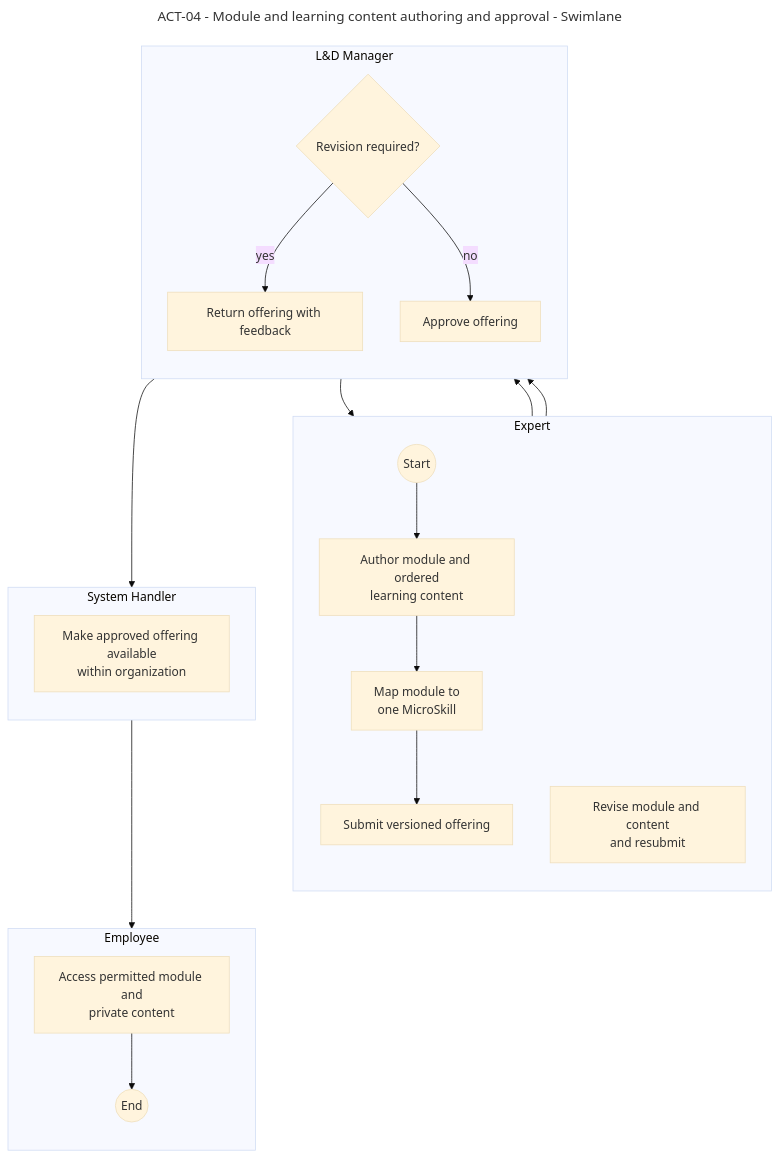
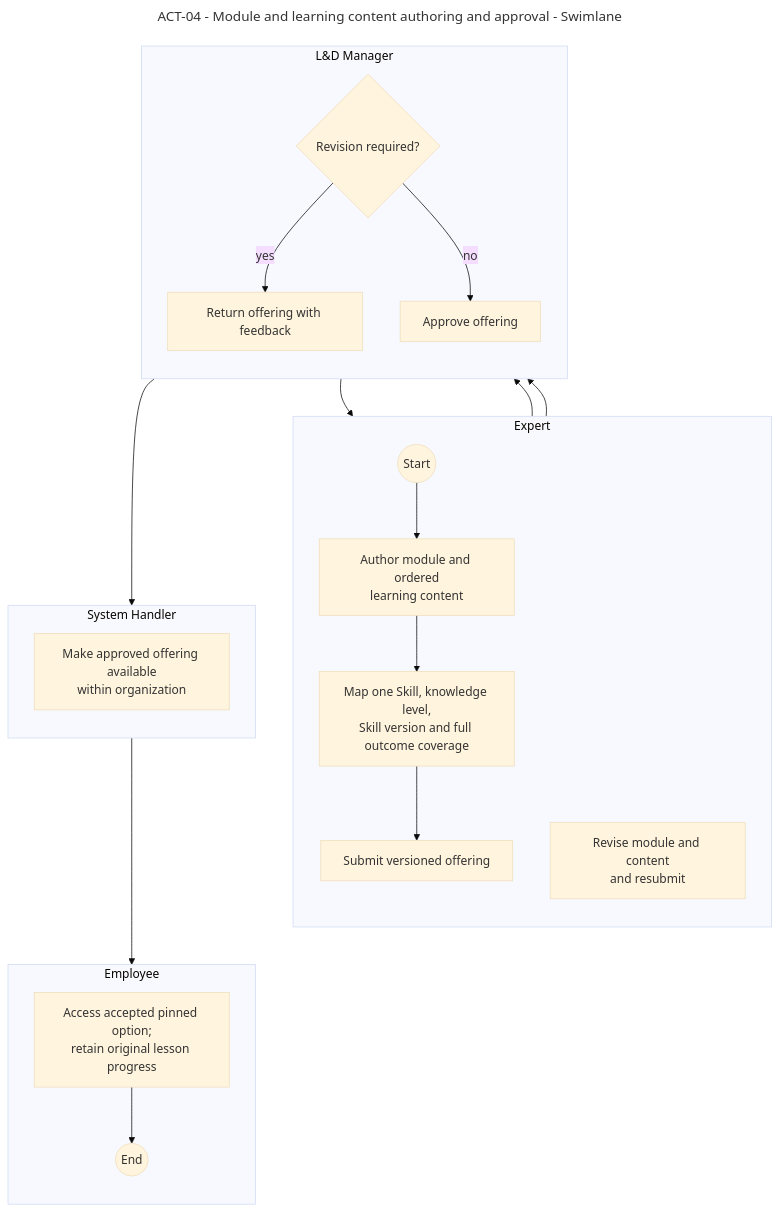
Before and after one commit to SEP490-Fall-2026-GFA26SE64/SEP490: the diagram in documents/diagrams/mermaid/swimlanes/act-04.mmd, drawn with Mermaid. The commit also changed 233 other files, not shown here.

First line of the commit message:
docs: align adaptive flow contracts and diagrams

```diff
--- a/documents/diagrams/mermaid/swimlanes/act-04.mmd
+++ b/documents/diagrams/mermaid/swimlanes/act-04.mmd
@@ -1,41 +1,41 @@
 ---
 title: "ACT-04 - Module and learning content authoring and approval - Swimlane"
 config: {theme: base, look: classic, flowchart: {htmlLabels: true}}
 ---
 flowchart TD
   subgraph Actor0["Expert"]
     direction TB
     SRS_ACT_04_N1(("Start"))
     SRS_ACT_04_N2["Author module and ordered<br/>learning content"]
-    SRS_ACT_04_N3["Map module to<br/>one MicroSkill"]
+    SRS_ACT_04_N3["Map one Skill, knowledge level,<br/>Skill version and full outcome coverage"]
     SRS_ACT_04_N4["Submit versioned offering"]
     SRS_ACT_04_N7["Revise module and content<br/>and resubmit"]
   end
   subgraph Actor1["L&amp;D Manager"]
     direction TB
     SRS_ACT_04_N5{"Revision required?"}
     SRS_ACT_04_N6["Return offering with feedback"]
     SRS_ACT_04_N8["Approve offering"]
   end
   subgraph Actor2["System Handler"]
     direction TB
     SRS_ACT_04_N9["Make approved offering available<br/>within organization"]
   end
   subgraph Actor3["Employee"]
     direction TB
-    SRS_ACT_04_N10["Access permitted module and<br/>private content"]
+    SRS_ACT_04_N10["Access accepted pinned option;<br/>retain original lesson progress"]
     SRS_ACT_04_N11(("End"))
   end
   SRS_ACT_04_N1 --> SRS_ACT_04_N2
   SRS_ACT_04_N2 --> SRS_ACT_04_N3
   SRS_ACT_04_N3 --> SRS_ACT_04_N4
   SRS_ACT_04_N4 --> SRS_ACT_04_N5
   SRS_ACT_04_N5 -->|"yes"| SRS_ACT_04_N6
   SRS_ACT_04_N6 --> SRS_ACT_04_N7
   SRS_ACT_04_N7 --> SRS_ACT_04_N5
   SRS_ACT_04_N5 -->|"no"| SRS_ACT_04_N8
   SRS_ACT_04_N8 --> SRS_ACT_04_N9
   SRS_ACT_04_N9 --> SRS_ACT_04_N10
   SRS_ACT_04_N10 --> SRS_ACT_04_N11
 
   %% Fixed actor-column layout is exported by render-business-swimlanes.cjs.
```
